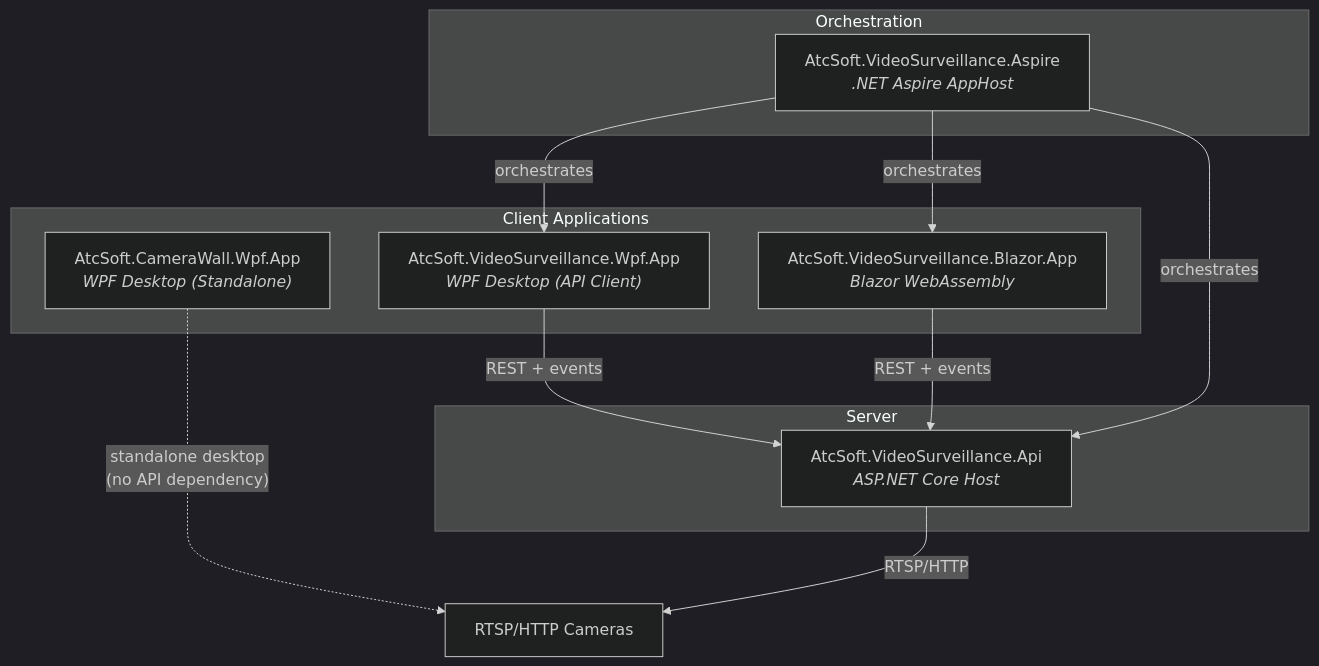
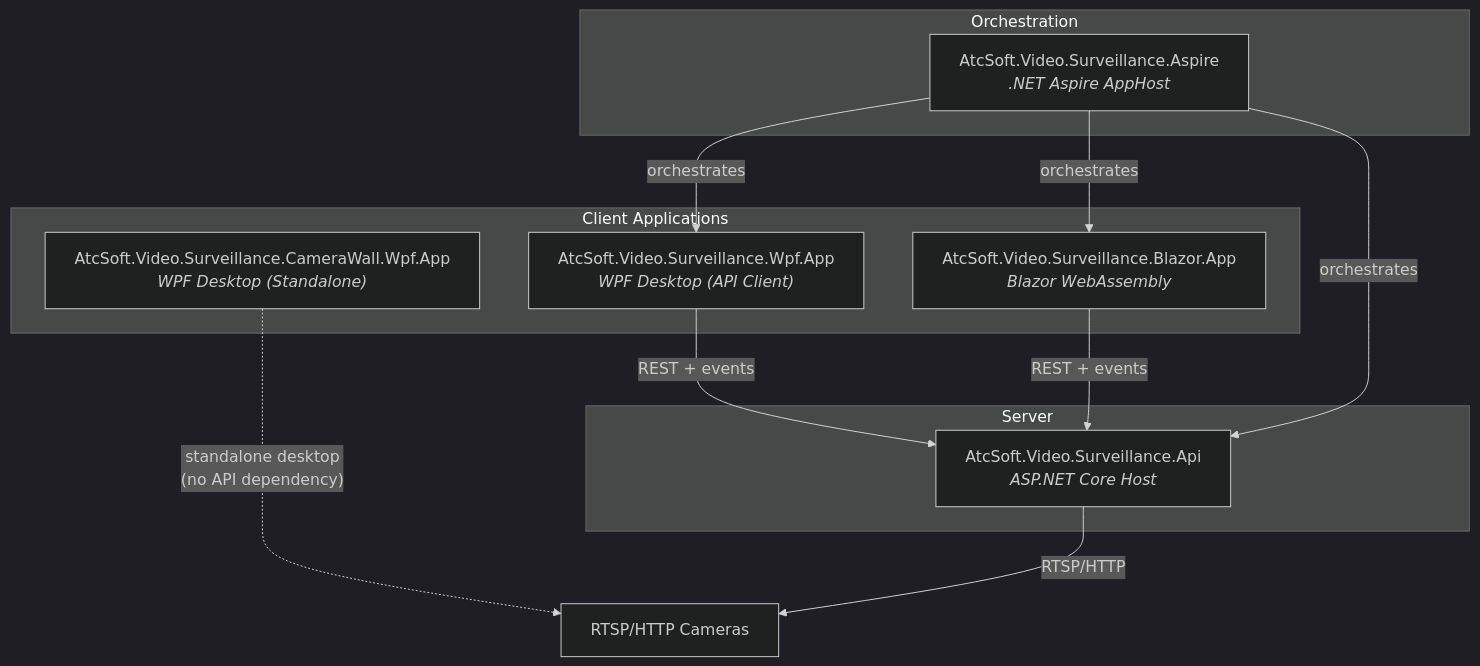
The first of 8 diagrams in docs/architecture.md (atc-net-apps/atc-soft-video-surveillance), drawn with Mermaid (dark theme) before and after one commit. The commit also changed other lines of this file and 2917 other files, not shown here.

First line of the commit message:
refactor: rename to AtcSoft.Video.Surveillance

````diff
--- a/docs/architecture.md
+++ b/docs/architecture.md
@@ -7,25 +7,25 @@
 ```mermaid
 graph TB
     subgraph Clients["Client Applications"]
-        WPF["AtcSoft.CameraWall.Wpf.App<br/><i>WPF Desktop (Standalone)</i>"]
-        VSWpf["AtcSoft.VideoSurveillance.Wpf.App<br/><i>WPF Desktop (API Client)</i>"]
-        Blazor["AtcSoft.VideoSurveillance.Blazor.App<br/><i>Blazor WebAssembly</i>"]
+        WPF["AtcSoft.Video.Surveillance.CameraWall.Wpf.App<br/><i>WPF Desktop (Standalone)</i>"]
+        VSWpf["AtcSoft.Video.Surveillance.Wpf.App<br/><i>WPF Desktop (API Client)</i>"]
+        Blazor["AtcSoft.Video.Surveillance.Blazor.App<br/><i>Blazor WebAssembly</i>"]
     end
 
     subgraph Server["Server"]
-        API["AtcSoft.VideoSurveillance.Api<br/><i>ASP.NET Core Host</i>"]
+        API["AtcSoft.Video.Surveillance.Api<br/><i>ASP.NET Core Host</i>"]
     end
 
     subgraph Orchestration
-        Aspire["AtcSoft.VideoSurveillance.Aspire<br/><i>.NET Aspire AppHost</i>"]
+        Aspire["AtcSoft.Video.Surveillance.Aspire<br/><i>.NET Aspire AppHost</i>"]
     end
 
     VSWpf -- "REST + events" --> API
     Blazor -- "REST + events" --> API
     Aspire -- "orchestrates" --> API
     Aspire -- "orchestrates" --> Blazor
     Aspire -- "orchestrates" --> VSWpf
 
     WPF -. "standalone desktop<br/>(no API dependency)" .-> Cameras["RTSP/HTTP Cameras"]
     API -- "RTSP/HTTP" --> Cameras
 ```
````
